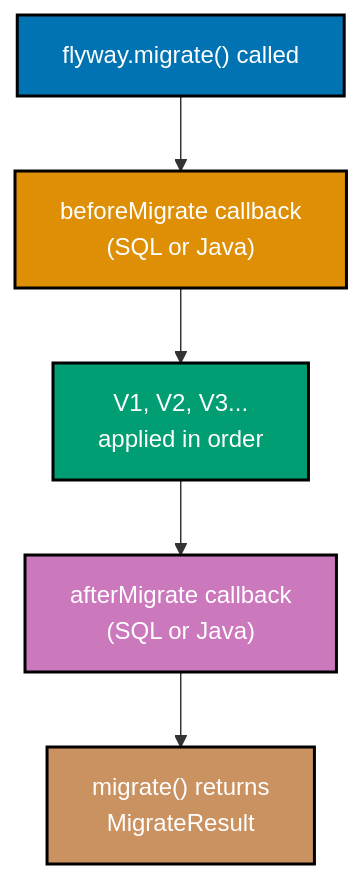
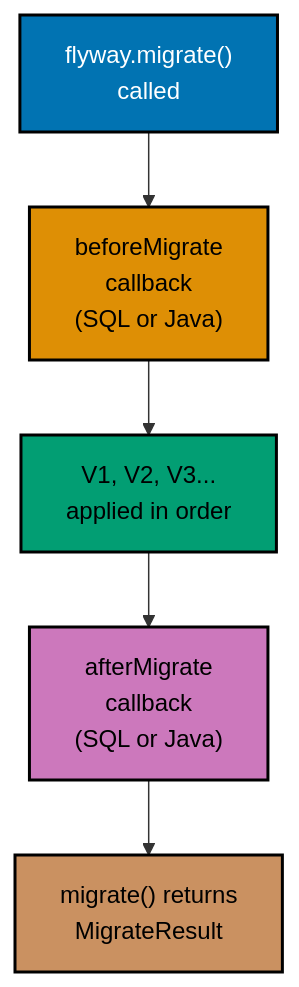
Before and after one commit to wahidyankf/ose-public: the second of 4 diagrams in apps/ayokoding-www/content/en/learn/legacy/software-engineering/data/tools/kotlin-flyway/by-example/intermediate.md, drawn with Mermaid. The commit also changed other lines of this file and 131 other files, not shown here.

First line of the commit message:
fix(mermaid): bring the legacy data, infrastructure, and testing diagrams onto the accessible palette

````diff
--- a/apps/ayokoding-www/content/en/learn/legacy/software-engineering/data/tools/kotlin-flyway/by-example/intermediate.md
+++ b/apps/ayokoding-www/content/en/learn/legacy/software-engineering/data/tools/kotlin-flyway/by-example/intermediate.md
@@ -143,18 +146,21 @@
 ```mermaid
 %% Color Palette: Blue #0173B2, Orange #DE8F05, Teal #029E73, Purple #CC78BC, Brown #CA9161
 %% Flyway callback execution order
 graph TD
-    A["flyway.migrate() called"]:::blue
-    B["beforeMigrate callback\n#40;SQL or Java#41;"]:::orange
-    C["V1, V2, V3...\napplied in order"]:::teal
-    D["afterMigrate callback\n#40;SQL or Java#41;"]:::purple
-    E["migrate() returns\nMigrateResult"]:::brown
+    accTitle: Example 33: Callbacks
+    accDescr: Graph with 5 nodes and 4 connections. Nodes: flyway.migrate() called, beforeMigrate callback 40SQL or Java41, V1, V2, V3... applied in order, afterMigrate callback 40SQL or Java41, migrate() returns MigrateResult. Connections: flyway.migrate() called to beforeMigrate callback 40SQL or Java41, beforeMigrate callback 40SQL or Java41 to V1, V2, V3... applied in order, V1, V2, V3... applied in order to afterMigrate callback 40SQL or Java41, afterMigrate callback 40SQL or Java41 to migrate() returns MigrateResult.
+    A["flyway.migrate()<br/>called"]:::blue
+    B["beforeMigrate<br/>callback<br/>#40;SQL or Java#41;"]:::orange
+    C["V1, V2, V3...<br/>applied in order"]:::teal
+    D["afterMigrate<br/>callback<br/>#40;SQL or Java#41;"]:::purple
+    E["migrate() returns<br/>MigrateResult"]:::brown
 
     A --> B --> C --> D --> E
 
     classDef blue fill:#0173B2,stroke:#000000,color:#FFFFFF,stroke-width:2px
-    classDef orange fill:#DE8F05,stroke:#000000,color:#FFFFFF,stroke-width:2px
-    classDef teal fill:#029E73,stroke:#000000,color:#FFFFFF,stroke-width:2px
-    classDef purple fill:#CC78BC,stroke:#000000,color:#FFFFFF,stroke-width:2px
-    classDef brown fill:#CA9161,stroke:#000000,color:#FFFFFF,stroke-width:2px
+    classDef orange fill:#DE8F05,stroke:#000000,color:#000000,stroke-width:2px
+    classDef teal fill:#029E73,stroke:#000000,color:#000000,stroke-width:2px
+    classDef purple fill:#CC78BC,stroke:#000000,color:#000000,stroke-width:2px
+    classDef brown fill:#CA9161,stroke:#000000,color:#000000,stroke-width:2px
+    classDef default fill:#FFFFFF,stroke:#000000,color:#000000
 ```
````
